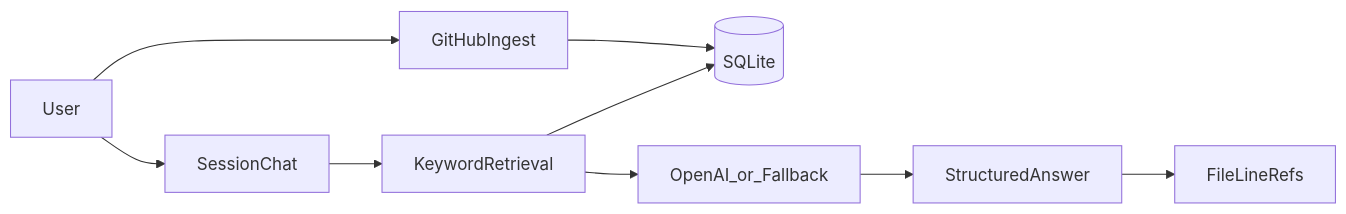
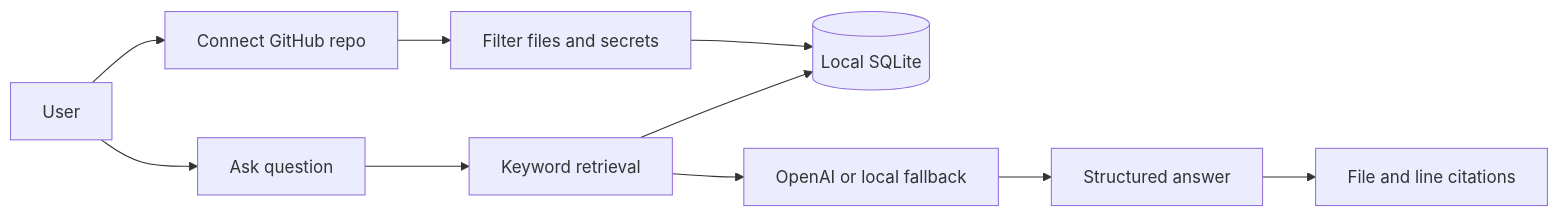
Before and after one commit to Tofuwang45/alunytee: the diagram in README.md, drawn with Mermaid. The commit also changed other lines of this file, not shown here.

````diff
--- a/README.md
+++ b/README.md
@@ -56,11 +45,12 @@
 ```mermaid
 flowchart LR
-  User --> Ingest[GitHubIngest]
-  Ingest --> SQLite[(SQLite)]
-  User --> Chat[SessionChat]
-  Chat --> Retrieve[KeywordRetrieval]
+  User --> Ingest["Connect GitHub repo"]
+  Ingest --> Filter["Filter files and secrets"]
+  Filter --> SQLite[("Local SQLite")]
+  User --> Chat["Ask question"]
+  Chat --> Retrieve["Keyword retrieval"]
   Retrieve --> SQLite
-  Retrieve --> AI[OpenAI_or_Fallback]
-  AI --> Structured[StructuredAnswer]
-  Structured --> Citations[FileLineRefs]
+  Retrieve --> AI["OpenAI or local fallback"]
+  AI --> Answer["Structured answer"]
+  Answer --> Citations["File and line citations"]
 ```
````
